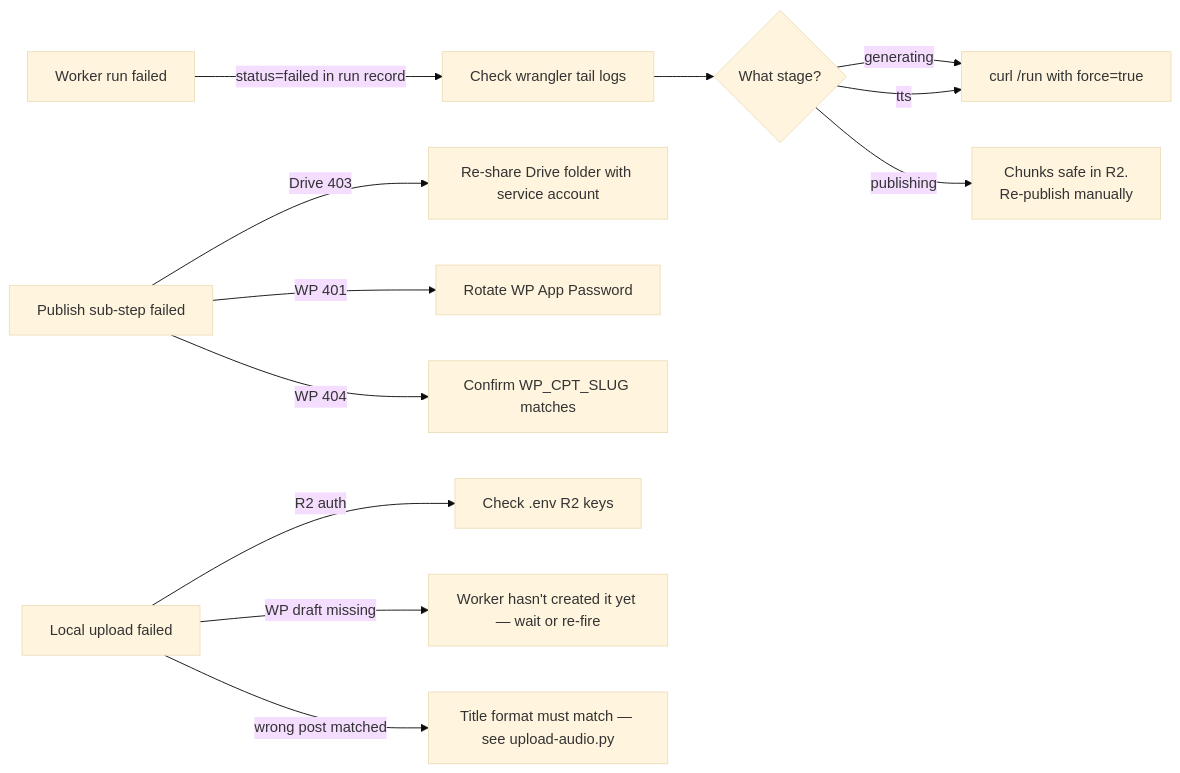
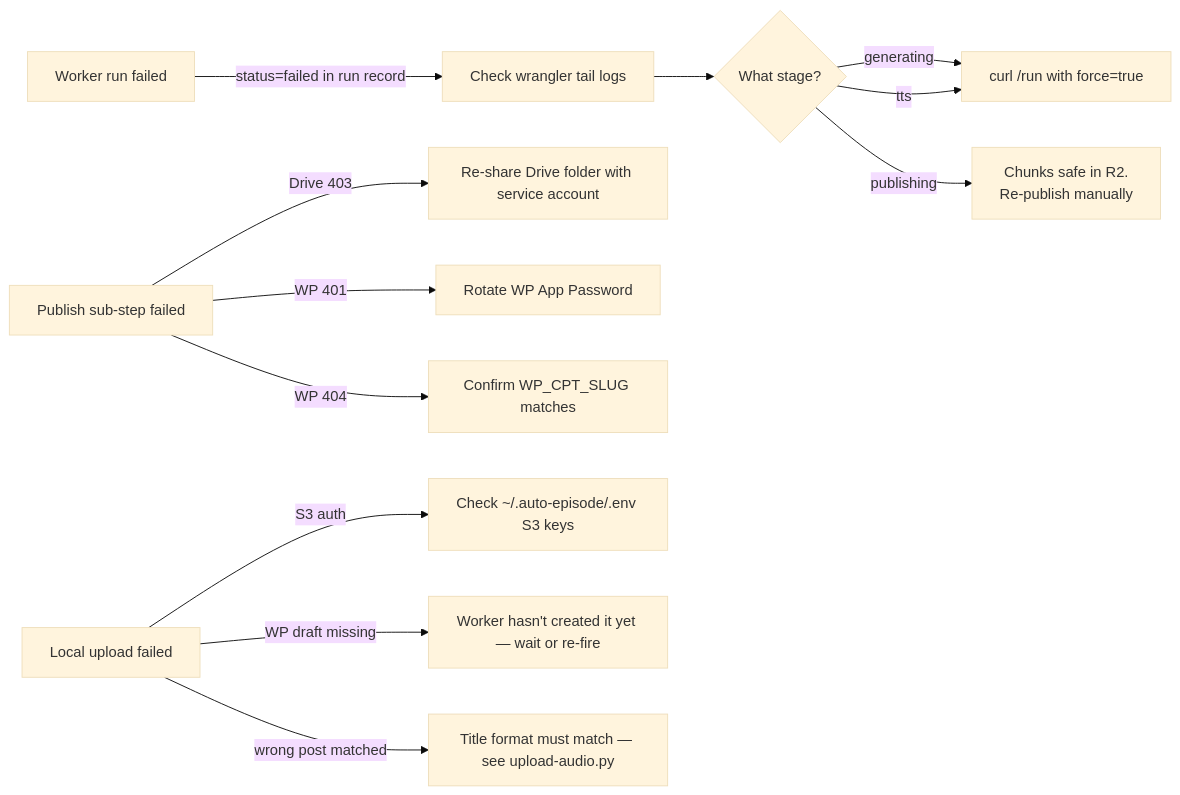
One commit to pennydoesdev/TheMorningCup-Episode-Generator changed the eighth of 8 diagrams in docs/PIPELINE.md. Above: the diagram before and after it, drawn with Mermaid (base theme). The commit also changed other lines of this file, not shown here.

````diff
--- a/docs/PIPELINE.md
+++ b/docs/PIPELINE.md
@@ -325,16 +329,16 @@
 ```mermaid
 flowchart LR
   R[Worker run failed] -->|status=failed in run record| Look[Check wrangler tail logs]
   Look --> A1{What stage?}
   A1 -->|generating| Refire1[curl /run with force=true]
   A1 -->|tts| Refire1
   A1 -->|publishing| Skip[Chunks safe in R2.\nRe-publish manually]
 
   P[Publish sub-step failed] -->|Drive 403| FixPerm[Re-share Drive folder with service account]
   P -->|WP 401| RotatePW[Rotate WP App Password]
   P -->|WP 404| ConfirmCPT[Confirm WP_CPT_SLUG matches]
 
-  L[Local upload failed] -->|R2 auth| FixR2[Check .env R2 keys]
+  L[Local upload failed] -->|S3 auth| FixS3[Check ~/.auto-episode/.env S3 keys]
   L -->|WP draft missing| Wait[Worker hasn't created it yet — wait or re-fire]
   L -->|wrong post matched| RenameCheck[Title format must match — see upload-audio.py]
 ```
````
